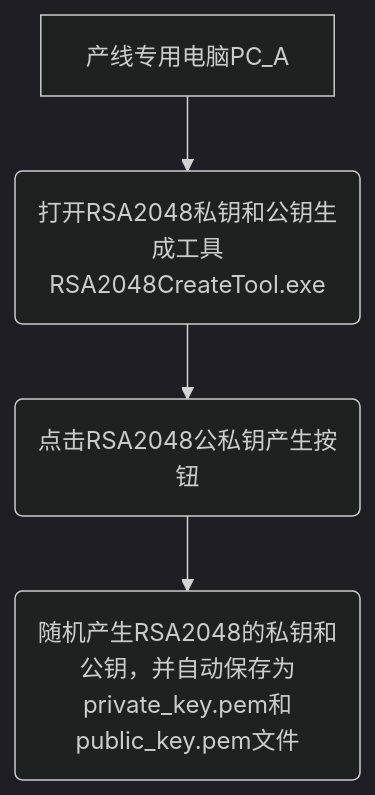
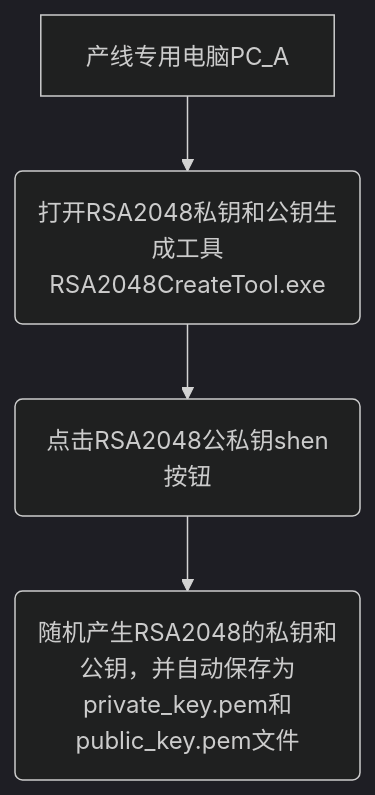
Before and after one commit to facebook-cloud/iodraw-files: the diagram in all/未命名-10.md, drawn with Mermaid (dark theme).

Commit message:
2026-01-06 20:29:19 update

````diff
--- a/all/未命名-10.md
+++ b/all/未命名-10.md
@@ -1,6 +1,6 @@
 ```mermaid
 graph TD
     A[产线专用电脑PC_A] --> B(打开RSA2048私钥和公钥生成工具RSA2048CreateTool.exe)
-    B --> C(点击RSA2048公私钥产生按钮)
+    B --> C(点击RSA2048公私钥shen按钮)
     C --> F(随机产生RSA2048的私钥和公钥，并自动保存为private_key.pem和public_key.pem文件)
 ```
````
